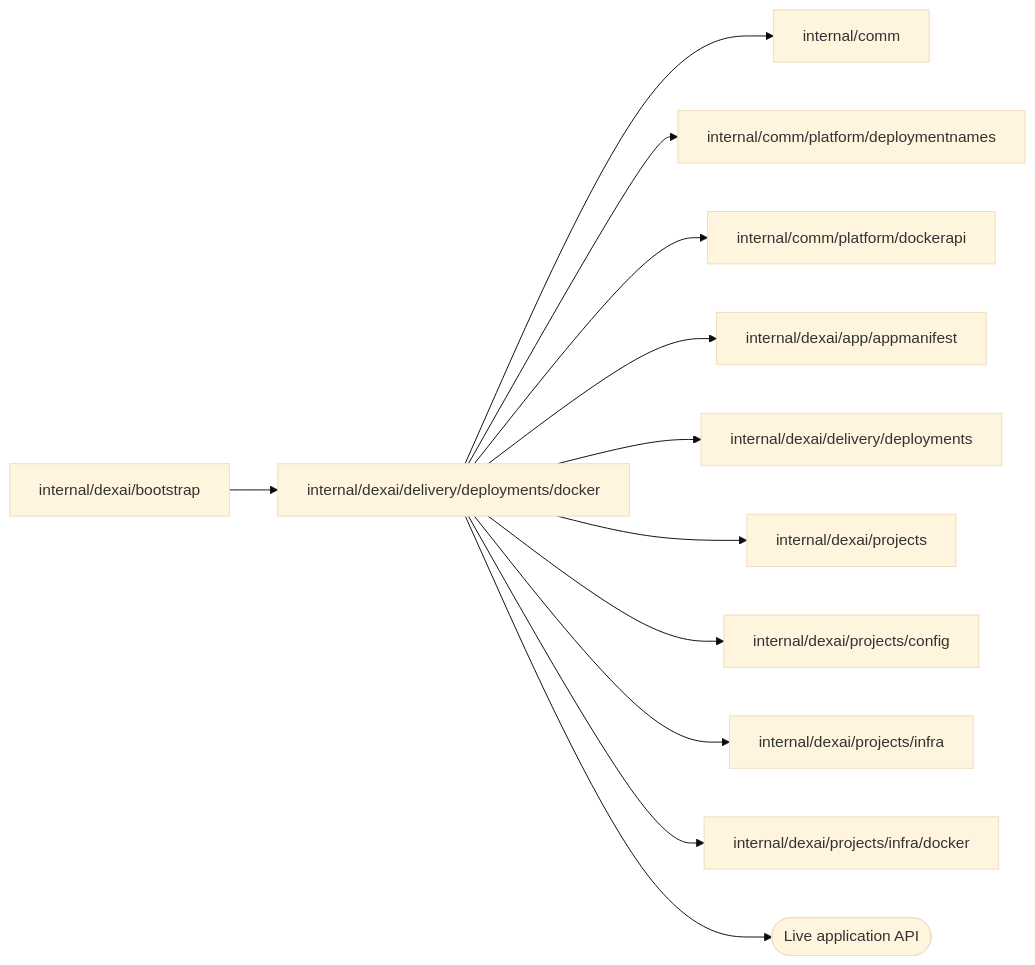
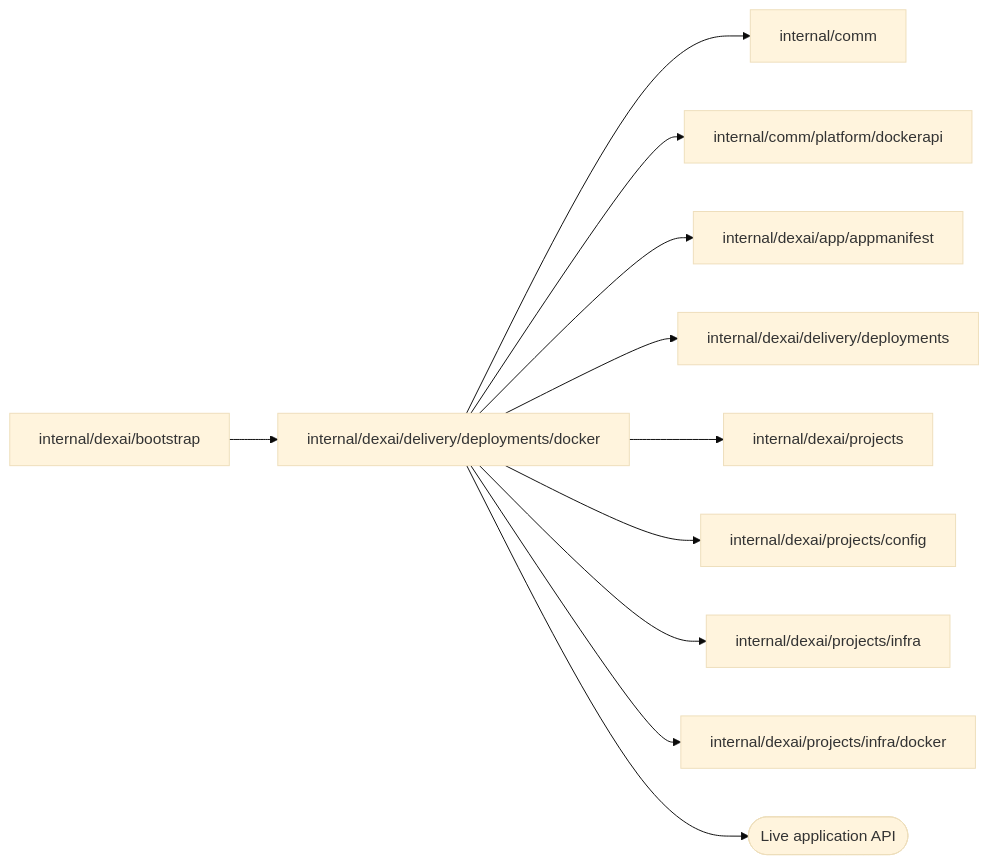
One commit to superdurable/superverse changed the diagram in internal/dexai/delivery/deployments/docker/README.md. Above: the diagram before and after it, drawn with Mermaid (base theme). The commit also changed other lines of this file and 127 other files, not shown here.

````diff
--- a/internal/dexai/delivery/deployments/docker/README.md
+++ b/internal/dexai/delivery/deployments/docker/README.md
@@ -10,15 +10,14 @@
 ```mermaid
 flowchart LR
   self["internal/dexai/delivery/deployments/docker"]
   c0["internal/dexai/bootstrap"] --> self
   self --> d0["internal/comm"]
-  self --> d1["internal/comm/platform/deploymentnames"]
-  self --> d2["internal/comm/platform/dockerapi"]
-  self --> d3["internal/dexai/app/appmanifest"]
-  self --> d4["internal/dexai/delivery/deployments"]
-  self --> d5["internal/dexai/projects"]
-  self --> d6["internal/dexai/projects/config"]
-  self --> d7["internal/dexai/projects/infra"]
-  self --> d8["internal/dexai/projects/infra/docker"]
+  self --> d1["internal/comm/platform/dockerapi"]
+  self --> d2["internal/dexai/app/appmanifest"]
+  self --> d3["internal/dexai/delivery/deployments"]
+  self --> d4["internal/dexai/projects"]
+  self --> d5["internal/dexai/projects/config"]
+  self --> d6["internal/dexai/projects/infra"]
+  self --> d7["internal/dexai/projects/infra/docker"]
   self --> e0(["Live application API"])
 ```
````
